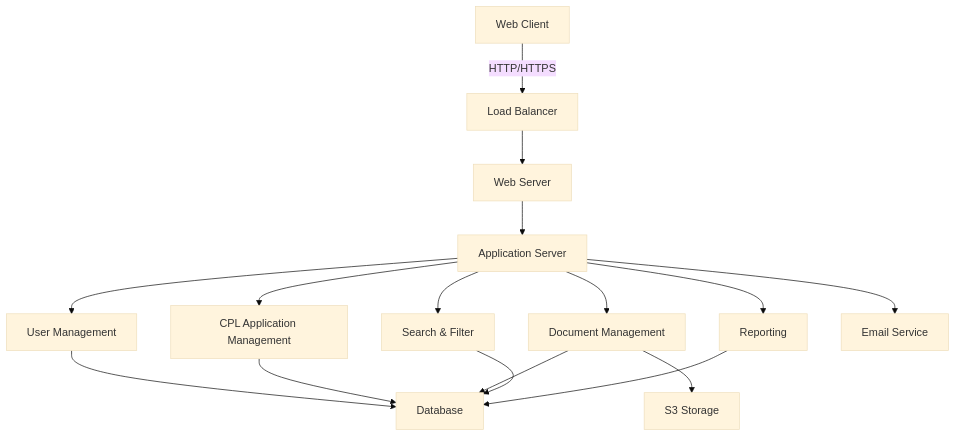
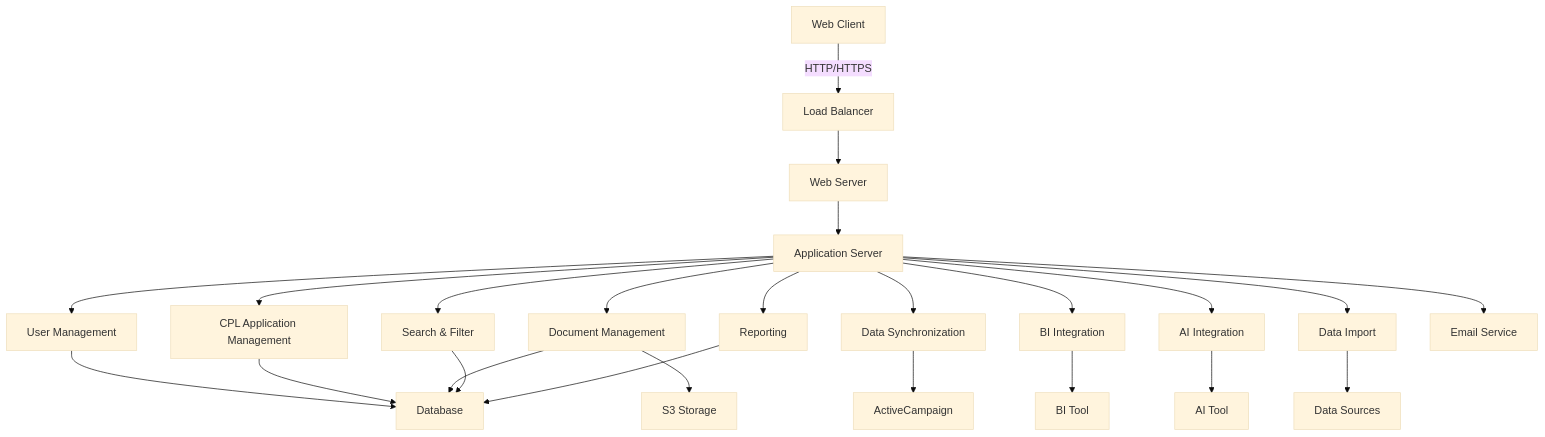
Before and after one commit to Tron-AI/technical-implementation-plan: the fourth of 5 diagrams in README.md, drawn with Mermaid (base theme). The commit also changed other lines of this file, not shown here.

````diff
--- a/README.md
+++ b/README.md
@@ -287,19 +288,27 @@
 ```mermaid
 graph TD
     A[Web Client] -->|HTTP/HTTPS| B[Load Balancer]
     B --> C[Web Server]
     C --> D[Application Server]
     D --> E[User Management]
     D --> F[CPL Application Management]
     D --> G[Document Management]
     D --> H[Search & Filter]
     D --> I[Reporting]
+    D --> M[Data Synchronization]
+    D --> N[BI Integration]
+    D --> O[AI Integration]
+    D --> P[Data Import]
     E --> J[Database]
     F --> J
     G --> J
     G --> K[S3 Storage]
     H --> J
     I --> J
     D --> L[Email Service]
+    M --> Q[ActiveCampaign]
+    N --> R[BI Tool]
+    O --> S[AI Tool]
+    P --> T[Data Sources]
 
 ```
````
